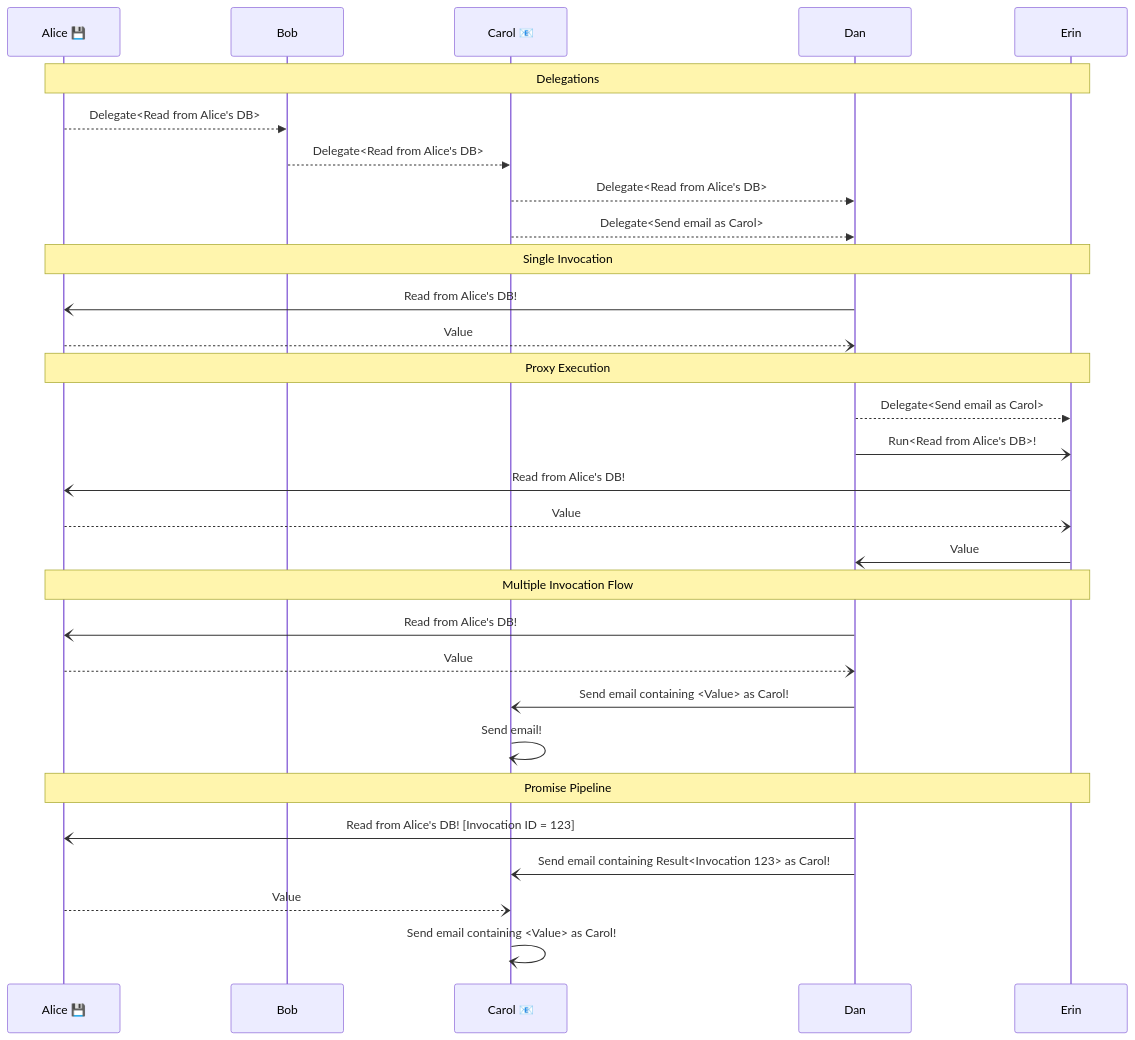
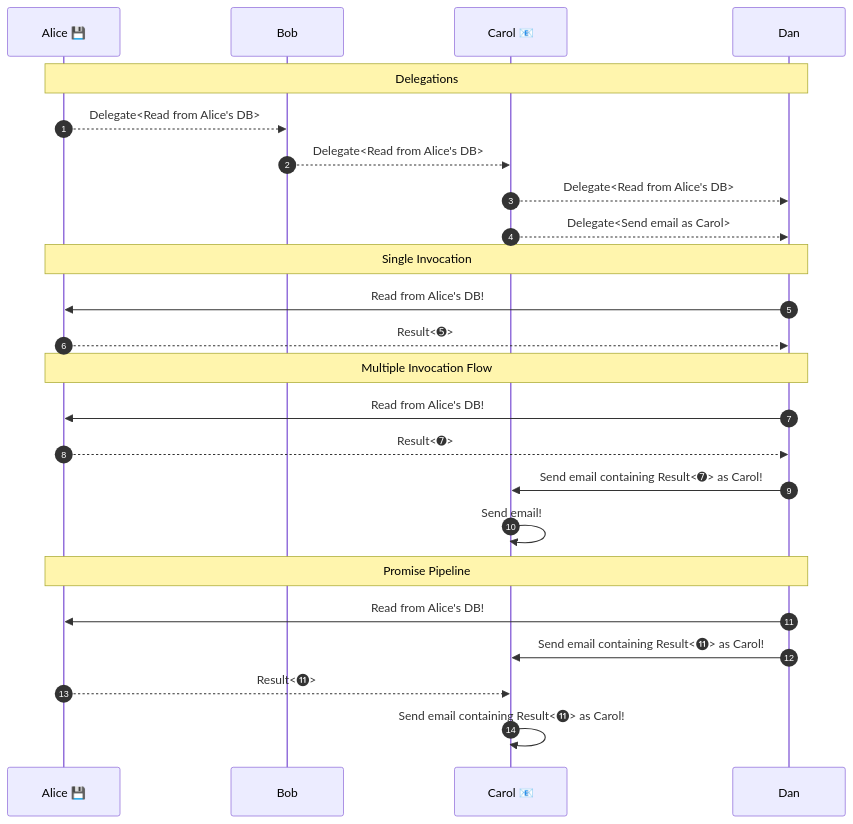
Before and after one commit to ucan-wg/invocation: the diagram in README.md, drawn with Mermaid. The commit also changed other lines of this file, not shown here.

Commit message:
Simplify diagram

````diff
--- a/README.md
+++ b/README.md
@@ -78,38 +88,31 @@
 ``` mermaid
 sequenceDiagram
     participant Alice 💾
     participant Bob
     participant Carol 📧
     participant Dan
-    participant Erin
 
-    Note over Alice 💾, Erin: Delegations
+    autonumber
+
+    Note over Alice 💾, Dan: Delegations
         Alice 💾 -->> Bob:      Delegate<Read from Alice's DB>
         Bob      -->> Carol 📧: Delegate<Read from Alice's DB>
         Carol 📧 -->> Dan:      Delegate<Read from Alice's DB>
         Carol 📧 -->> Dan:      Delegate<Send email as Carol>
 
-    Note over Alice 💾, Erin: Single Invocation
-        Dan      -)  Alice 💾: Read from Alice's DB!
-        Alice 💾 --) Dan:      Value
+    Note over Alice 💾, Dan: Single Invocation
+        Dan      ->>  Alice 💾: Read from Alice's DB!
+        Alice 💾 -->> Dan:      Result<➎>
 
-    Note over Alice 💾, Erin: Proxy Execution
-        Dan      -->> Erin:     Delegate<Send email as Carol>
-        Dan      -)   Erin:     Run<Read from Alice's DB>!
-        Erin     -)   Alice 💾: Read from Alice's DB!
-        Alice 💾 --)  Erin:     Value
-        Erin     -)   Dan:      Value
+    Note over Alice 💾, Dan: Multiple Invocation Flow
+        Dan      ->>  Alice 💾: Read from Alice's DB!
+        Alice 💾 -->> Dan:      Result<➐>
+        Dan      ->>  Carol 📧: Send email containing Result<➐> as Carol!
+        Carol 📧 ->>  Carol 📧: Send email!
 
-    Note over Alice 💾, Erin: Multiple Invocation Flow
-        Dan      -)  Alice 💾: Read from Alice's DB!
-        Alice 💾 --) Dan:      Value
-        Dan      -)  Carol 📧: Send email containing <Value> as Carol!
-        Carol 📧 -)  Carol 📧: Send email!
-
-    Note over Alice 💾, Erin: Promise Pipeline
-        Dan      -)  Alice 💾: Read from Alice's DB! [Invocation ID = 123]
-        Dan      -)  Carol 📧: Send email containing Result<Invocation 123> as Carol!
-        Alice 💾 --) Carol 📧: Value
-        Carol 📧 -)  Carol 📧: Send email containing <Value> as Carol!
-
+    Note over Alice 💾, Dan: Promise Pipeline
+        Dan      ->>  Alice 💾: Read from Alice's DB!
+        Dan      ->>  Carol 📧: Send email containing Result<⓫> as Carol!
+        Alice 💾 -->> Carol 📧: Result<⓫>
+        Carol 📧 ->>  Carol 📧: Send email containing Result<⓫> as Carol!
 ```
````
